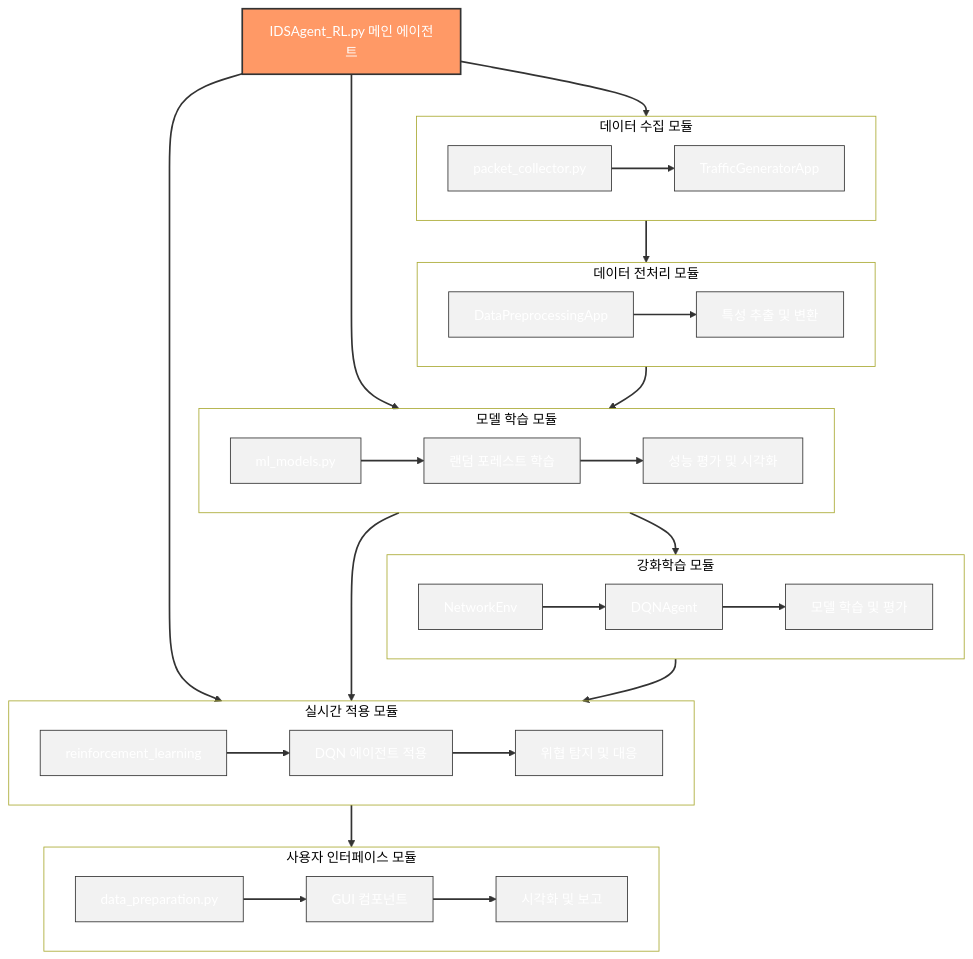
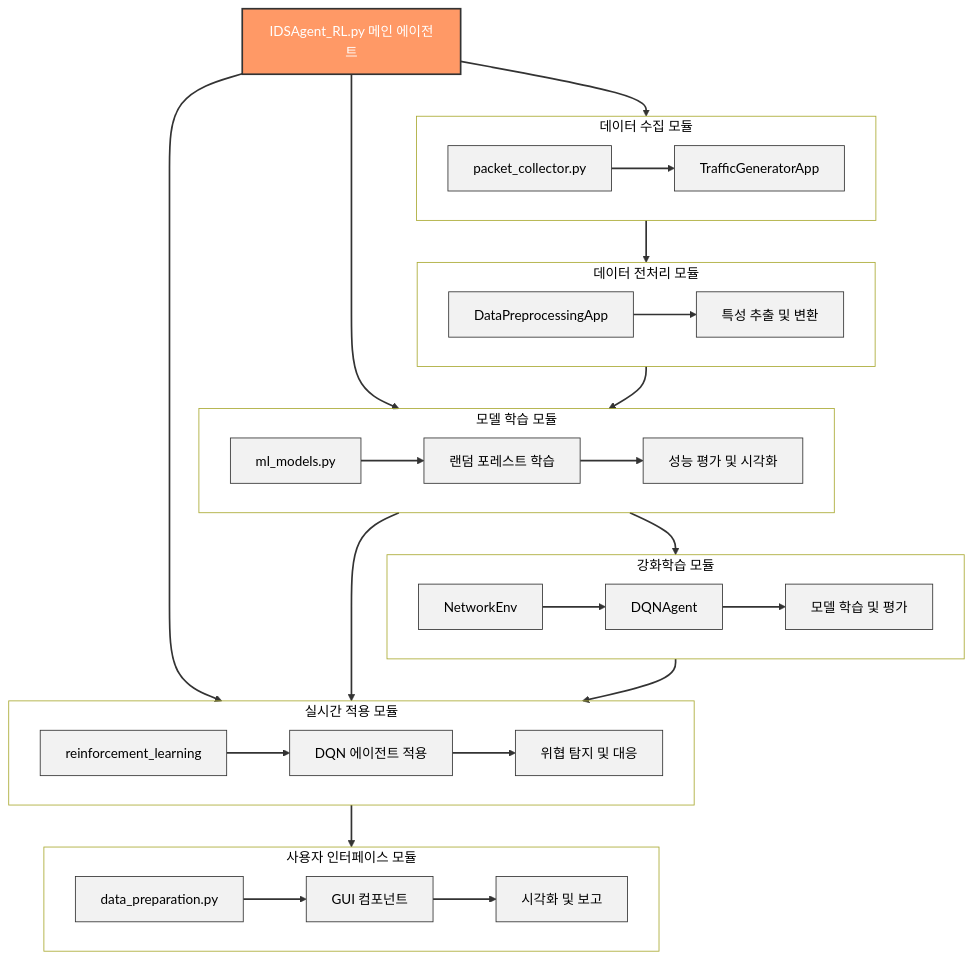
The fourth of 4 diagrams in README.md (Es5724/Intrusion_DetectionSystem_AIagent), drawn with Mermaid before and after one commit.

Commit message:
Revert "Update README.md"
This reverts commit df3730f03b6d3e7b1fe32369c6b04688ae2cbdda.

````diff
--- a/README.md
+++ b/README.md
@@ -362,59 +362,59 @@
 ```mermaid
 flowchart TB
     main["IDSAgent_RL.py 메인 에이전트"]
     
     main --> data
     main --> model
     main --> realtime
     
     %% 모듈 배치
     subgraph data["데이터 수집 모듈"]
         direction LR
         collector["packet_collector.py"] --> generator["TrafficGeneratorApp"]
     end
     
     subgraph preprocess["데이터 전처리 모듈"]
         direction LR
         preprocessing["DataPreprocessingApp"] --> features["특성 추출 및 변환"]
     end
     
     subgraph model["모델 학습 모듈"]
         direction LR
         ml["ml_models.py"] --> rf["랜덤 포레스트 학습"] --> eval["성능 평가 및 시각화"]
     end
     
     subgraph rl["강화학습 모듈"]
         direction LR
         env["NetworkEnv"] --> agent["DQNAgent"] --> train["모델 학습 및 평가"]
     end
     
     subgraph realtime["실시간 적용 모듈"]
         direction LR
         reinforce["reinforcement_learning"] --> dqn["DQN 에이전트 적용"] --> detect["위협 탐지 및 대응"]
     end
     
     subgraph ui["사용자 인터페이스 모듈"]
         direction LR
         prep["data_preparation.py"] --> components["GUI 컴포넌트"] --> visual["시각화 및 보고"]
     end
     
     %% 모듈 간 연결
     data --> preprocess
     preprocess --> model
     model --> realtime
     model --> rl
     rl --> realtime
     realtime --> ui
     
     %% 스타일 정의
     classDef moduleHeader fill:#f96,stroke:#333,stroke-width:2px,color:white;
     class main moduleHeader
     
-    classDef nodeText fill:#f2f2f2,stroke:#333,stroke-width:1px,color:white;
+    classDef nodeText fill:#f2f2f2,stroke:#333,stroke-width:1px,color:black;
     class collector,generator,preprocessing,features,ml,rf,eval,env,agent,train,reinforce,dqn,detect,prep,components,visual nodeText;
     
     classDef subgraphText fill:transparent,color:black;
     class data,preprocess,model,rl,realtime,ui subgraphText;
     
     linkStyle default stroke:#333,stroke-width:2px;
 ```
````
